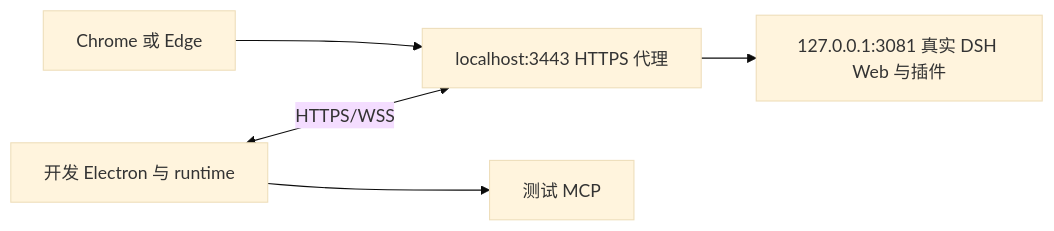
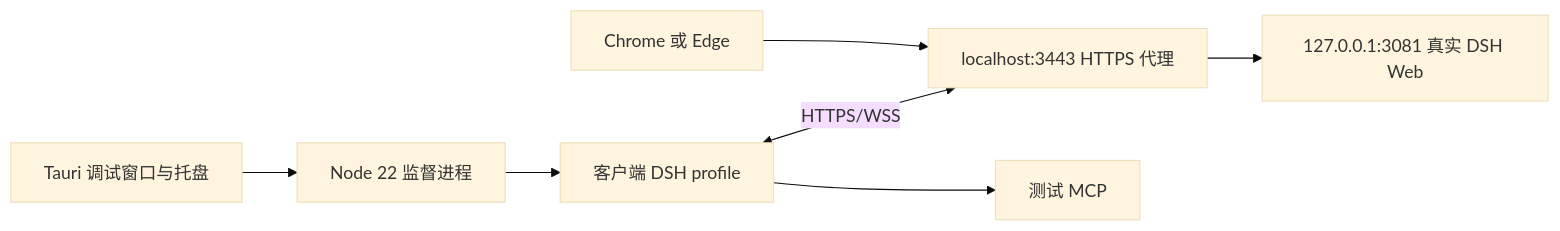
One commit to j-show/dsh-plugin-mcp-proxy changed the diagram in docs/development.md. Above: the diagram before and after it, drawn with Mermaid (base theme). The commit also changed other lines of this file and 116 other files, not shown here.

````diff
--- a/docs/development.md
+++ b/docs/development.md
@@ -58,7 +63,9 @@
 ```mermaid
 flowchart LR
-  B[Chrome 或 Edge] --> T[localhost:3443 HTTPS 代理]
-  T --> W[127.0.0.1:3081 真实 DSH Web 与插件]
-  E[开发 Electron 与 runtime] <-->|HTTPS/WSS| T
-  E --> M[测试 MCP]
+    B[Chrome 或 Edge] --> TLS[localhost:3443 HTTPS 代理]
+    TLS --> W[127.0.0.1:3081 真实 DSH Web]
+    GUI[Tauri 调试窗口与托盘] --> Host[Node 22 监督进程]
+    Host --> Runtime[客户端 DSH profile]
+    Runtime <-->|HTTPS/WSS| TLS
+    Runtime --> MCP[测试 MCP]
 ```
````
